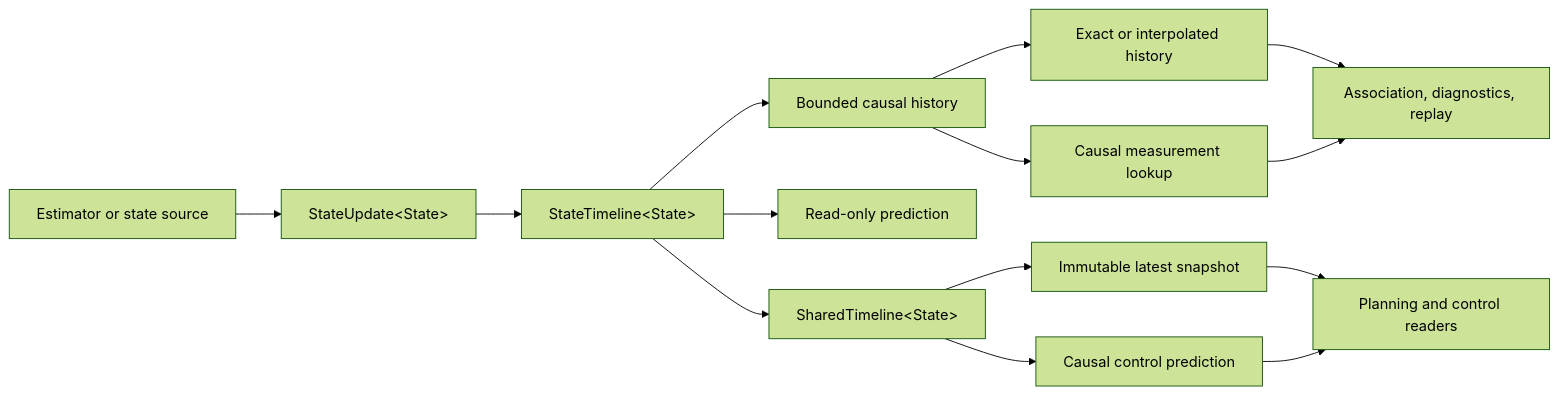
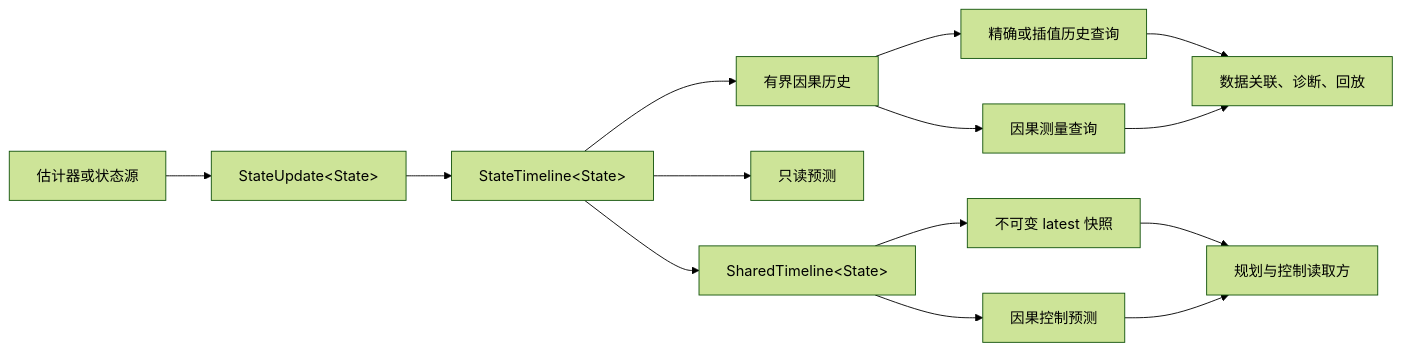
Before and after one commit to pawpaw-cdu/unified_state: the diagram in README.md, drawn with Mermaid (forest theme). The commit also changed other lines of this file, not shown here.

````diff
--- a/README.md
+++ b/README.md
@@ -36,19 +25,19 @@
 ```mermaid
 flowchart LR
-    E[Estimator or state source] --> U[StateUpdate&lt;State&gt;]
-    U --> T[StateTimeline&lt;State&gt;]
+    E["估计器或状态源"] --> U["StateUpdate&lt;State&gt;"]
+    U --> T["StateTimeline&lt;State&gt;"]
 
-    T --> H[Bounded causal history]
-    H --> X[Exact or interpolated history]
-    H --> M[Causal measurement lookup]
+    T --> H["有界因果历史"]
+    H --> X["精确或插值历史查询"]
+    H --> M["因果测量查询"]
 
-    T --> P[Read-only prediction]
-    T --> S[SharedTimeline&lt;State&gt;]
-    S --> L[Immutable latest snapshot]
-    S --> C[Causal control prediction]
+    T --> P["只读预测"]
+    T --> S["SharedTimeline&lt;State&gt;"]
+    S --> L["不可变 latest 快照"]
+    S --> C["因果控制预测"]
 
-    X --> A[Association, diagnostics, replay]
+    X --> A["数据关联、诊断、回放"]
     M --> A
-    L --> R[Planning and control readers]
+    L --> R["规划与控制读取方"]
     C --> R
 ```
````
